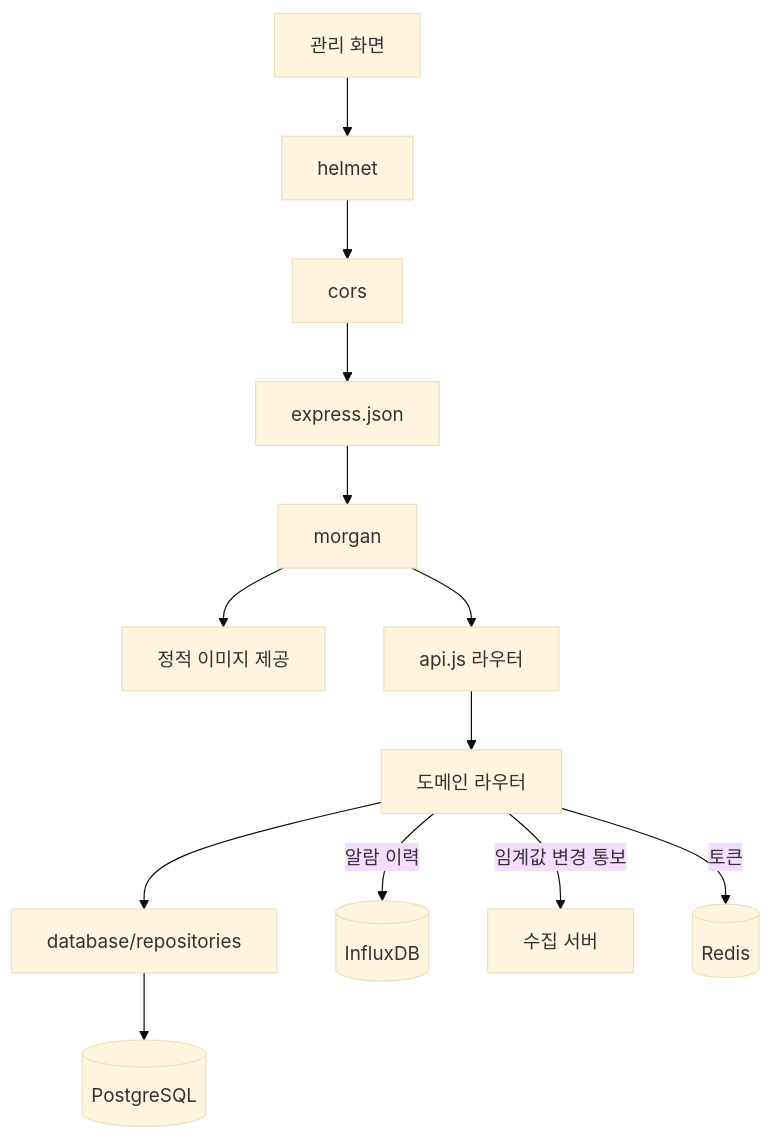
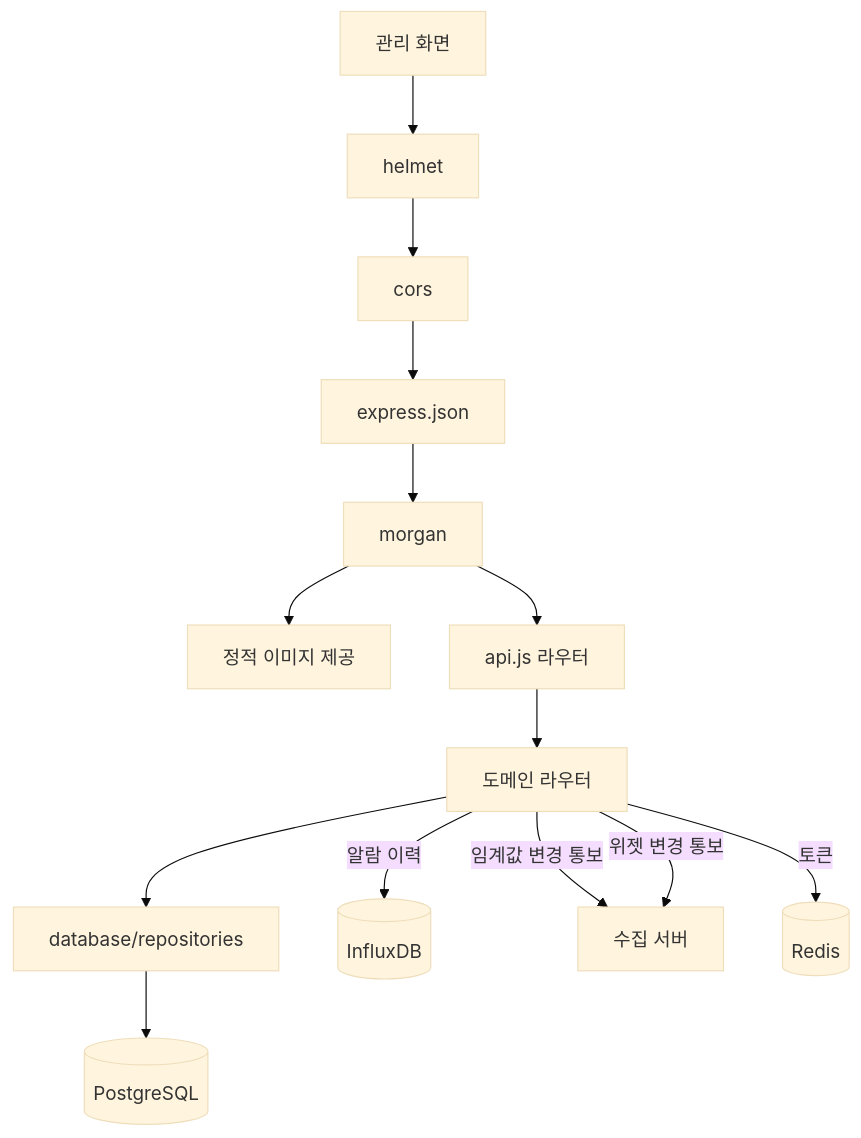
One commit to inbm-company/geoverse-- changed the first of 5 diagrams in server/undefined.md. Above: the diagram before and after it, drawn with Mermaid (base theme). The commit also changed other lines of this file and 4 other files, not shown here.

````diff
--- a/server/undefined.md
+++ b/server/undefined.md
@@ -13,15 +69,16 @@
 ```mermaid
 flowchart TB
     C[관리 화면] --> M1[helmet]
     M1 --> M2[cors]
     M2 --> M3[express.json]
     M3 --> M4[morgan]
     M4 --> ST["정적 이미지 제공"]
     M4 --> R["api.js 라우터"]
     R --> D1["도메인 라우터"]
     D1 --> REPO[database/repositories]
     REPO --> PG[(PostgreSQL)]
     D1 -->|알람 이력| INF[(InfluxDB)]
     D1 -->|임계값 변경 통보| COL[수집 서버]
+    D1 -->|위젯 변경 통보| COL
     D1 -->|토큰| RD[(Redis)]
 ```
````
